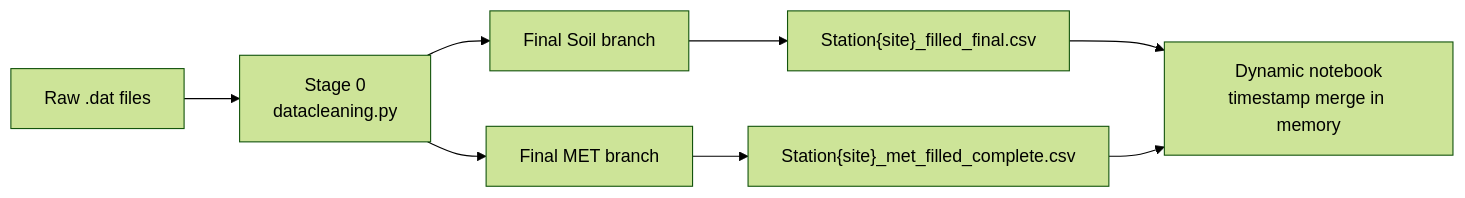
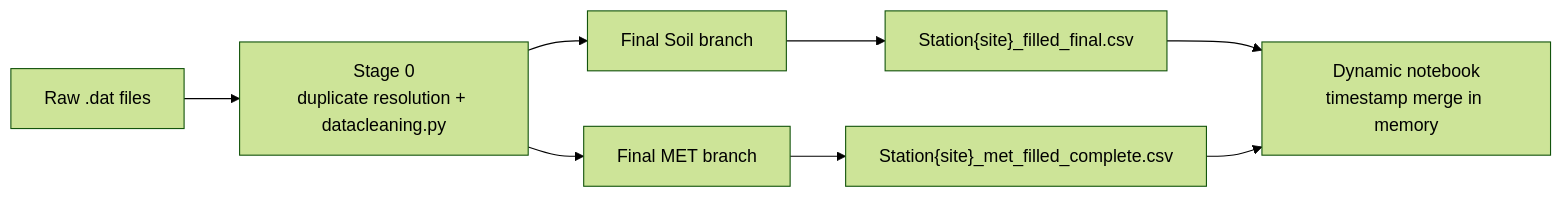
The first of 3 diagrams in data-cleanup/imputation_pipeline/TECHNICAL_NOTES_TxSON33.md (kiat/tx-soil-moisture), drawn with Mermaid (forest theme) before and after one commit. The commit also changed other lines of this file and 20 other files, not shown here.

````diff
--- a/data-cleanup/imputation_pipeline/TECHNICAL_NOTES_TxSON33.md
+++ b/data-cleanup/imputation_pipeline/TECHNICAL_NOTES_TxSON33.md
@@ -70,10 +76,10 @@
 ```mermaid
 flowchart LR
-    A["Raw .dat files"] --> B["Stage 0<br/>datacleaning.py"]
+    A["Raw .dat files"] --> B["Stage 0<br/>duplicate resolution + datacleaning.py"]
     B --> C["Final Soil branch"]
     B --> D["Final MET branch"]
     C --> E["Station{site}_filled_final.csv"]
     D --> F["Station{site}_met_filled_complete.csv"]
     E --> G["Dynamic notebook<br/>timestamp merge in memory"]
     F --> G
 ```
````
